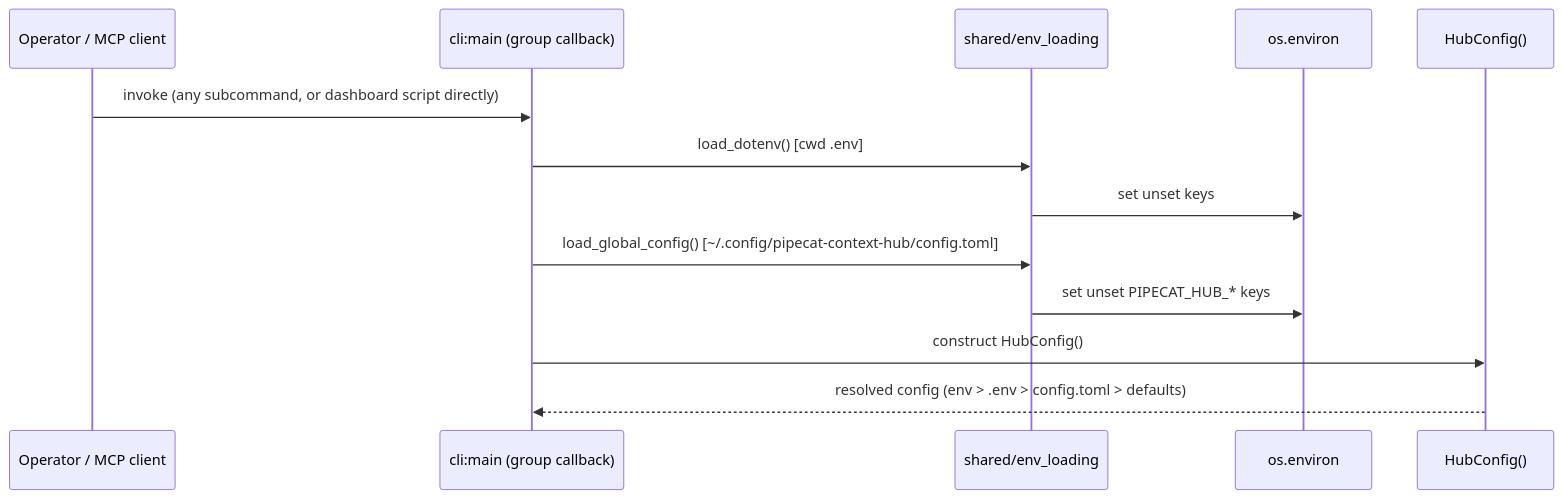
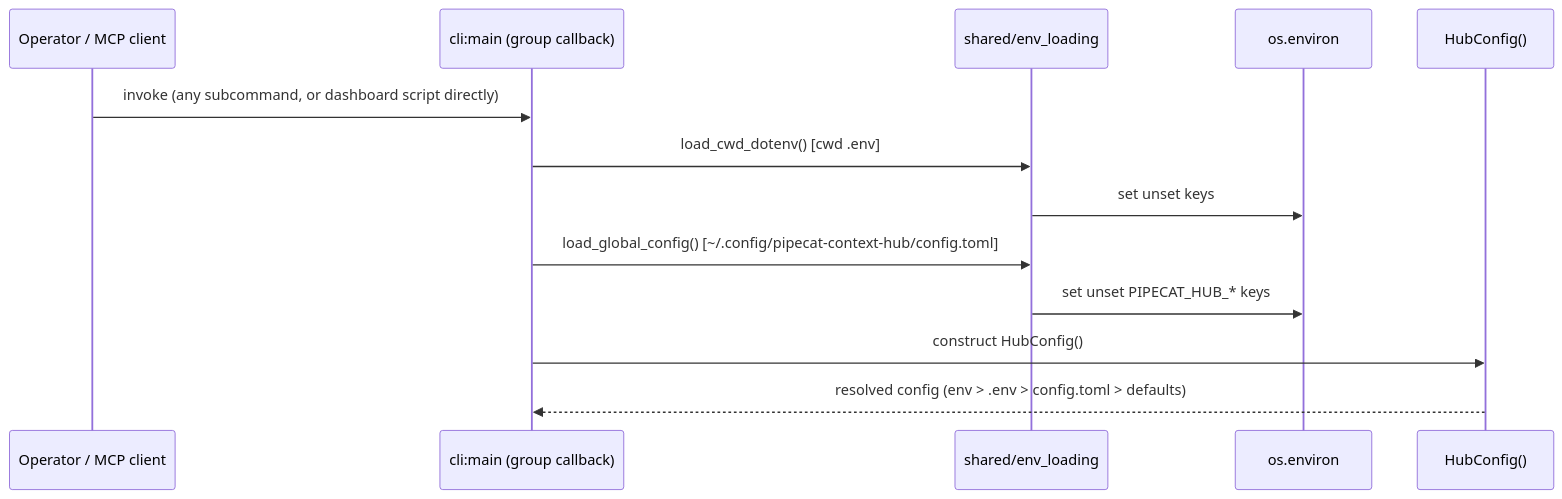
One commit to pipecat-ai/pipecat-context-hub changed the second of 2 diagrams in docs/dev_plans/20260807-feature-global-config-toml.md. Above: the diagram before and after it, drawn with Mermaid. The commit also changed other lines of this file, not shown here.

````diff
--- a/docs/dev_plans/20260807-feature-global-config-toml.md
+++ b/docs/dev_plans/20260807-feature-global-config-toml.md
@@ -187,15 +202,15 @@
 ```mermaid
 sequenceDiagram
     participant U as Operator / MCP client
     participant Grp as cli:main (group callback)
     participant Ld as shared/env_loading
     participant Env as os.environ
     participant Cfg as HubConfig()
     U->>Grp: invoke (any subcommand, or dashboard script directly)
-    Grp->>Ld: load_dotenv() [cwd .env]
+    Grp->>Ld: load_cwd_dotenv() [cwd .env]
     Ld->>Env: set unset keys
     Grp->>Ld: load_global_config() [~/.config/pipecat-context-hub/config.toml]
     Ld->>Env: set unset PIPECAT_HUB_* keys
     Grp->>Cfg: construct HubConfig()
     Cfg-->>Grp: resolved config (env > .env > config.toml > defaults)
 ```
````
